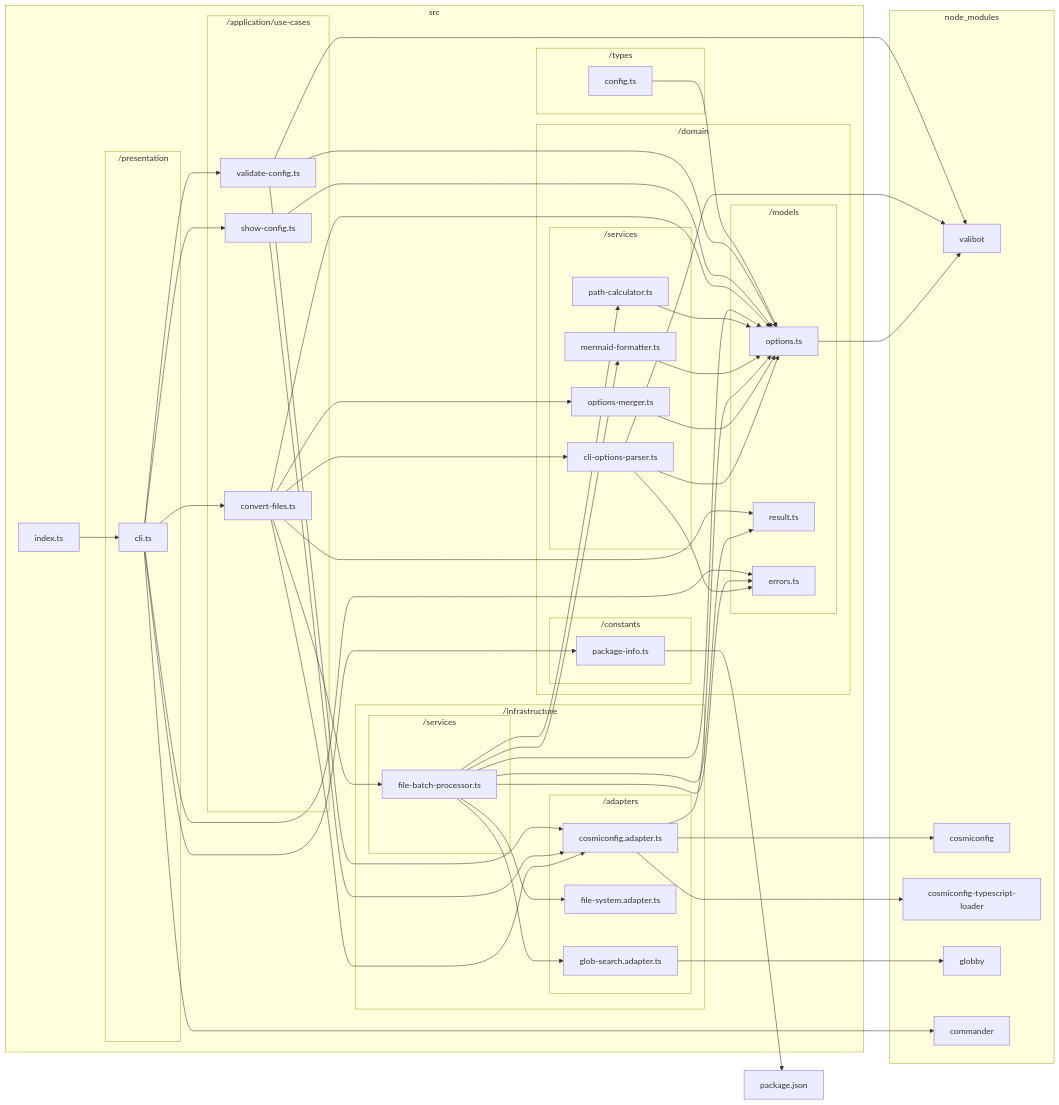
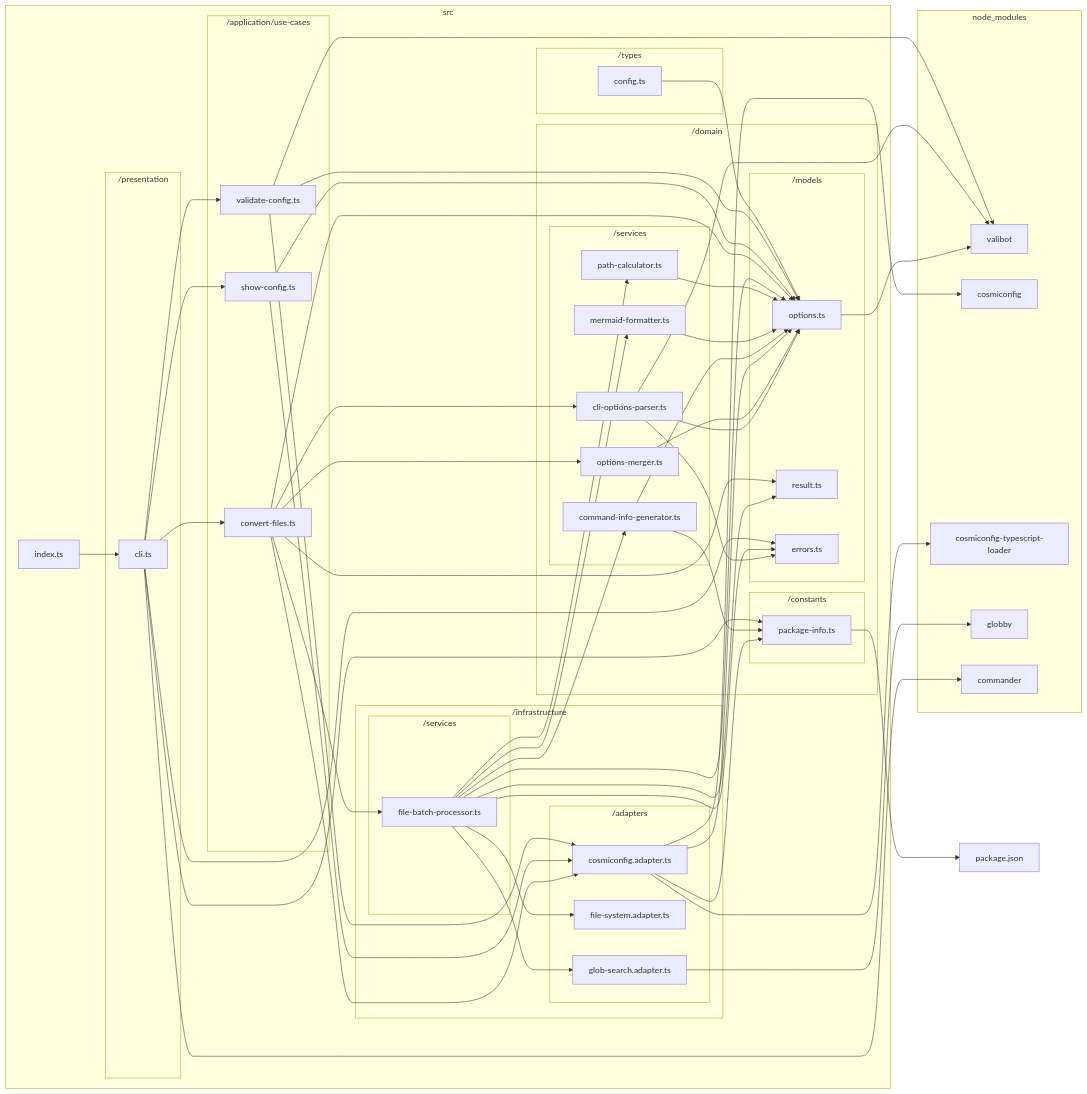
Before and after one commit to sugurutakahashi-1234/mermaid-markdown-wrap: the diagram in docs/reports/dependencies/deps-graph.md, drawn with Mermaid. The commit also changed 15 other files, not shown here.

First line of the commit message:
feat: add command info generation and update CLI options [deps-change]

```diff
--- a/docs/reports/dependencies/deps-graph.md
+++ b/docs/reports/dependencies/deps-graph.md
@@ -17,6 +17,7 @@
             subgraph src/domain/services["/services"]
                 src/domain/services/cli//options//parser.ts["cli-options-parser.ts"]
                 src/domain/services/options//merger.ts["options-merger.ts"]
+                src/domain/services/command//info//generator.ts["command-info-generator.ts"]
                 src/domain/services/mermaid//formatter.ts["mermaid-formatter.ts"]
                 src/domain/services/path//calculator.ts["path-calculator.ts"]
             end
@@ -58,15 +59,20 @@
     src/domain/services/cli//options//parser.ts-->src/domain/models/errors.ts
     src/domain/services/cli//options//parser.ts-->src/domain/models/options.ts
     src/domain/services/options//merger.ts-->src/domain/models/options.ts
+    src/domain/constants/package//info.ts-->package.json
     src/infrastructure/adapters/cosmiconfig.adapter.ts-->node//modules/cosmiconfig/dist/index.d.ts
     src/infrastructure/adapters/cosmiconfig.adapter.ts-->node//modules/cosmiconfig//typescript//loader/dist/types/index.d.ts
+    src/infrastructure/adapters/cosmiconfig.adapter.ts-->src/domain/constants/package//info.ts
     src/infrastructure/adapters/cosmiconfig.adapter.ts-->src/domain/models/options.ts
+    src/domain/services/command//info//generator.ts-->src/domain/constants/package//info.ts
+    src/domain/services/command//info//generator.ts-->src/domain/models/options.ts
     src/domain/services/mermaid//formatter.ts-->src/domain/models/options.ts
     src/domain/services/path//calculator.ts-->src/domain/models/options.ts
     src/infrastructure/adapters/glob//search.adapter.ts-->node//modules/globby/index.d.ts
     src/infrastructure/services/file//batch//processor.ts-->src/domain/models/errors.ts
     src/infrastructure/services/file//batch//processor.ts-->src/domain/models/options.ts
     src/infrastructure/services/file//batch//processor.ts-->src/domain/models/result.ts
+    src/infrastructure/services/file//batch//processor.ts-->src/domain/services/command//info//generator.ts
     src/infrastructure/services/file//batch//processor.ts-->src/domain/services/mermaid//formatter.ts
     src/infrastructure/services/file//batch//processor.ts-->src/domain/services/path//calculator.ts
     src/infrastructure/services/file//batch//processor.ts-->src/infrastructure/adapters/file//system.adapter.ts
@@ -82,7 +88,6 @@
     src/application/use//cases/validate//config.ts-->node//modules/valibot/dist/index.d.cts
     src/application/use//cases/validate//config.ts-->src/domain/models/options.ts
     src/application/use//cases/validate//config.ts-->src/infrastructure/adapters/cosmiconfig.adapter.ts
-    src/domain/constants/package//info.ts-->package.json
     src/presentation/cli.ts-->node//modules/commander/typings/index.d.ts
     src/presentation/cli.ts-->src/application/use//cases/convert//files.ts
     src/presentation/cli.ts-->src/application/use//cases/show//config.ts
```
